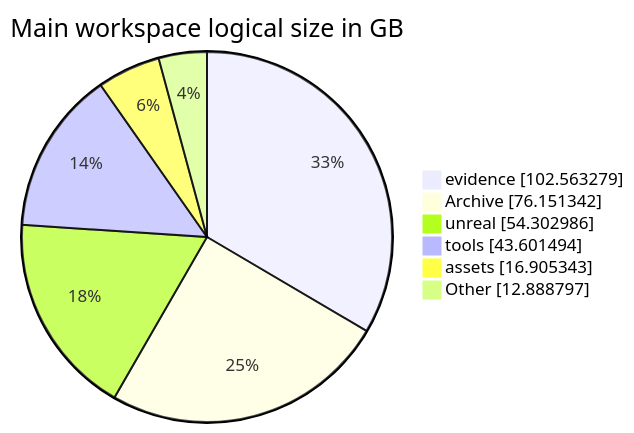
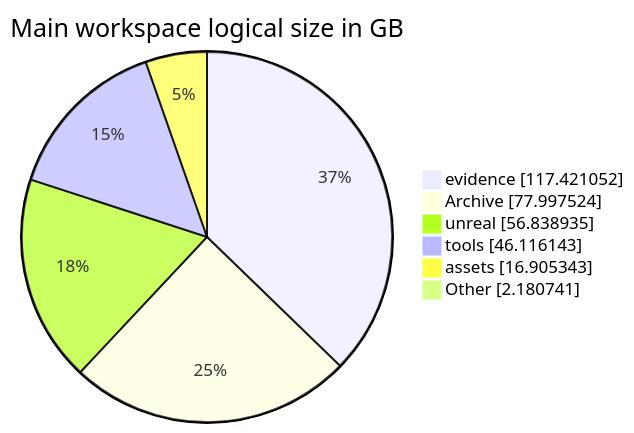
One commit to CA-The-destroyer/G-Ash_Road_ep1 changed the diagram in docs/status/README.md. Above: the diagram before and after it, drawn with Mermaid. The commit also changed other lines of this file and 5 other files, not shown here.

````diff
--- a/docs/status/README.md
+++ b/docs/status/README.md
@@ -99,10 +103,10 @@
 ```mermaid
 pie showData
     title Main workspace logical size in GB
-    "evidence" : 102.563279
-    "Archive" : 76.151342
-    "unreal" : 54.302986
-    "tools" : 43.601494
+    "evidence" : 117.421052
+    "Archive" : 77.997524
+    "unreal" : 56.838935
+    "tools" : 46.116143
     "assets" : 16.905343
-    "Other" : 12.888797
+    "Other" : 2.180741
 ```
````
